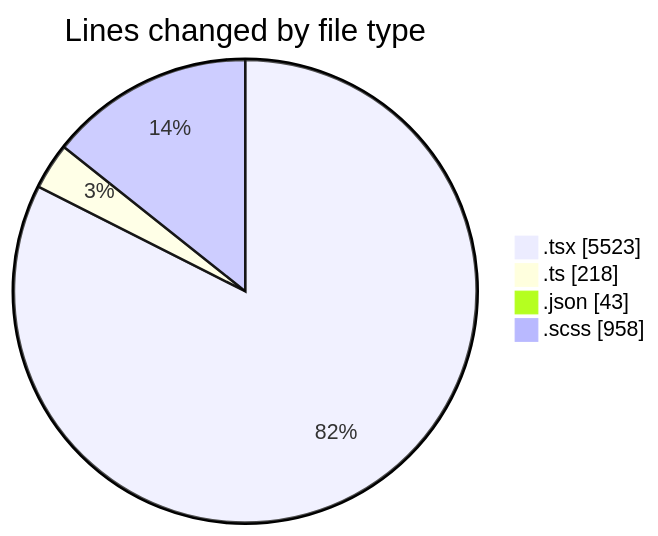
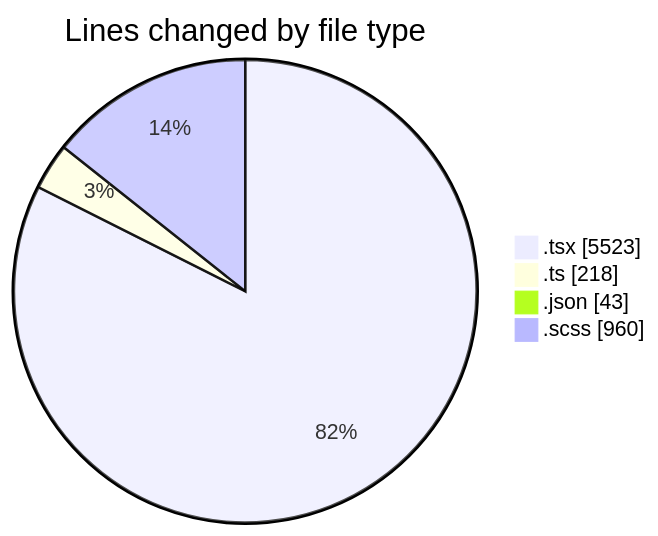
Before and after one commit to momahboobian/code-tracking: the first of 2 diagrams in 2025-09-23/cda/README.md, drawn with Mermaid. The commit also changed other lines of this file and 1 other file, not shown here.

````diff
--- a/2025-09-23/cda/README.md
+++ b/2025-09-23/cda/README.md
@@ -35,8 +35,8 @@
 ```mermaid
 pie showData
 title Lines changed by file type
 ".tsx" : 5523
 ".ts" : 218
 ".json" : 43
-".scss" : 958
+".scss" : 960
 ```
````
